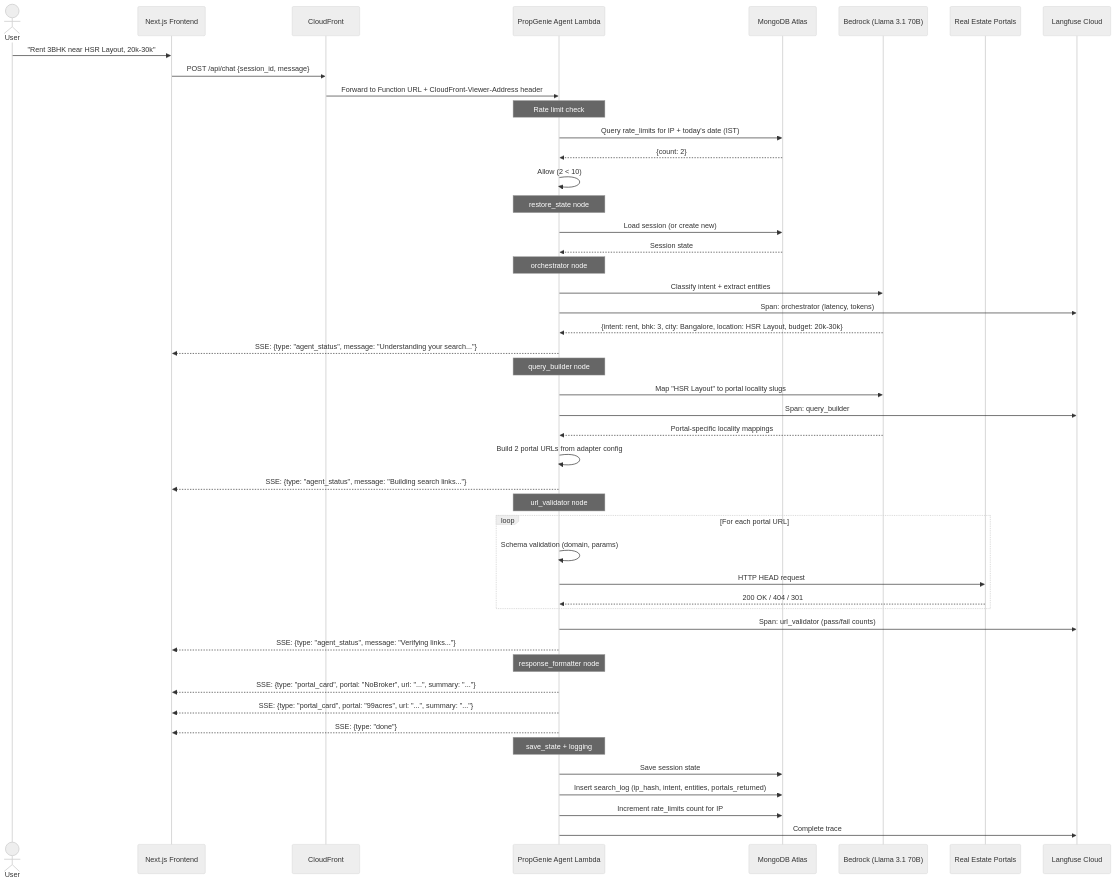
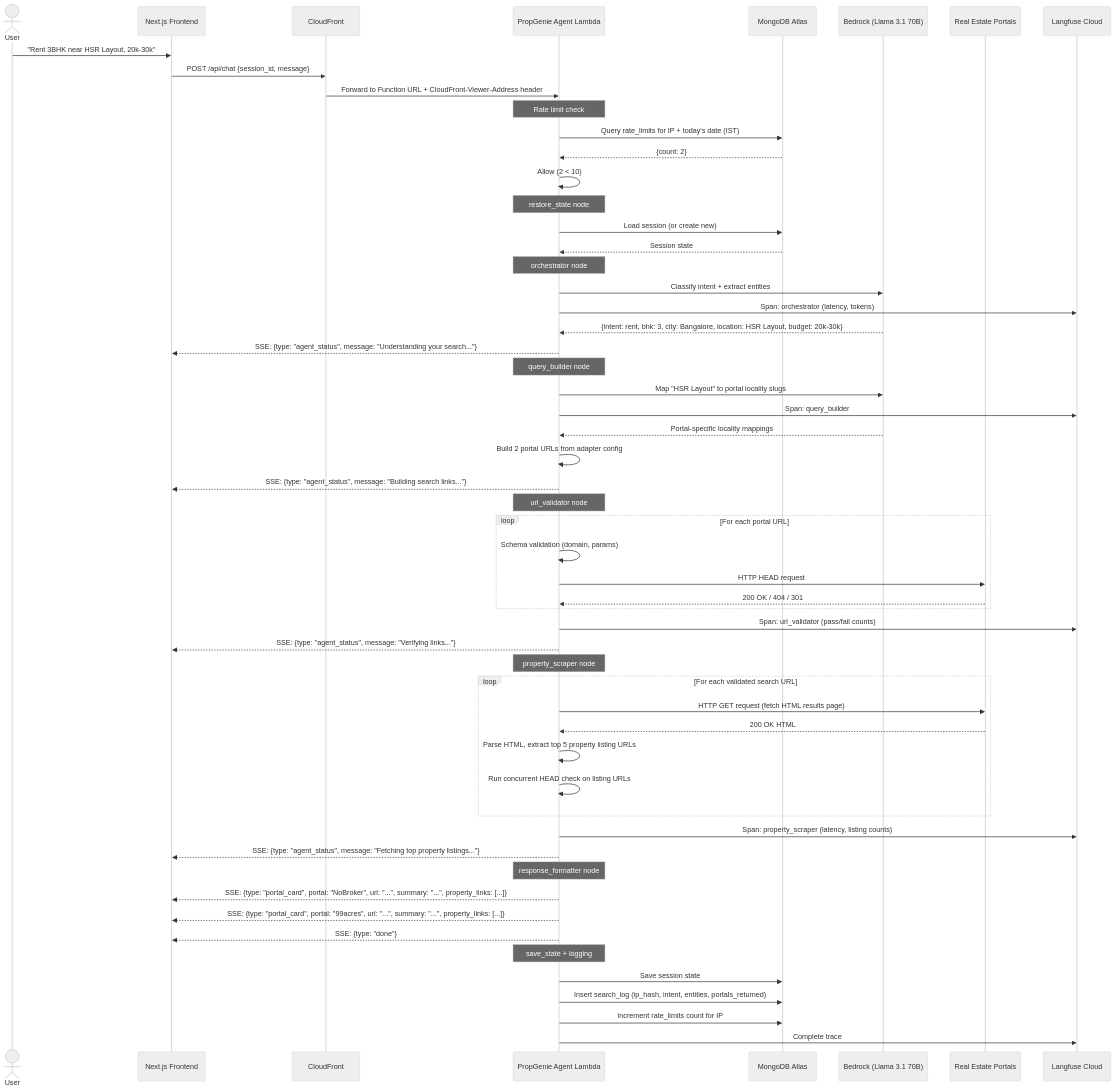
One commit to SandeepPamujula/PropGenie changed the first of 4 diagrams in docs/hld/03-sequence-diagrams.md. Above: the diagram before and after it, drawn with Mermaid (neutral theme). The commit also changed 18 other files, not shown here.

Commit message:
feat: work flow graph

````diff
--- a/docs/hld/03-sequence-diagrams.md
+++ b/docs/hld/03-sequence-diagrams.md
@@ -5,57 +5,67 @@
 ```mermaid
 sequenceDiagram
     actor User
     participant FE as Next.js Frontend
     participant CF as CloudFront
     participant Agent as PropGenie Agent Lambda
     participant DB as MongoDB Atlas
     participant LLM as Bedrock (Llama 3.1 70B)
     participant Portals as Real Estate Portals
     participant LF as Langfuse Cloud
 
     User->>FE: "Rent 3BHK near HSR Layout, 20k-30k"
     FE->>CF: POST /api/chat {session_id, message}
     CF->>Agent: Forward to Function URL + CloudFront-Viewer-Address header
 
     Note over Agent: Rate limit check
     Agent->>DB: Query rate_limits for IP + today's date (IST)
     DB-->>Agent: {count: 2}
     Agent->>Agent: Allow (2 < 10)
 
     Note over Agent: restore_state node
     Agent->>DB: Load session (or create new)
     DB-->>Agent: Session state
 
     Note over Agent: orchestrator node
     Agent->>LLM: Classify intent + extract entities
     Agent->>LF: Span: orchestrator (latency, tokens)
     LLM-->>Agent: {intent: rent, bhk: 3, city: Bangalore, location: HSR Layout, budget: 20k-30k}
     Agent-->>FE: SSE: {type: "agent_status", message: "Understanding your search..."}
 
     Note over Agent: query_builder node
     Agent->>LLM: Map "HSR Layout" to portal locality slugs
     Agent->>LF: Span: query_builder
     LLM-->>Agent: Portal-specific locality mappings
     Agent->>Agent: Build 2 portal URLs from adapter config
     Agent-->>FE: SSE: {type: "agent_status", message: "Building search links..."}
 
     Note over Agent: url_validator node
     loop For each portal URL
         Agent->>Agent: Schema validation (domain, params)
         Agent->>Portals: HTTP HEAD request
         Portals-->>Agent: 200 OK / 404 / 301
     end
     Agent->>LF: Span: url_validator (pass/fail counts)
     Agent-->>FE: SSE: {type: "agent_status", message: "Verifying links..."}
 
+    Note over Agent: property_scraper node
+    loop For each validated search URL
+        Agent->>Portals: HTTP GET request (fetch HTML results page)
+        Portals-->>Agent: 200 OK HTML
+        Agent->>Agent: Parse HTML, extract top 5 property listing URLs
+        Agent->>Agent: Run concurrent HEAD check on listing URLs
+    end
+    Agent->>LF: Span: property_scraper (latency, listing counts)
+    Agent-->>FE: SSE: {type: "agent_status", message: "Fetching top property listings..."}
+
     Note over Agent: response_formatter node
-    Agent-->>FE: SSE: {type: "portal_card", portal: "NoBroker", url: "...", summary: "..."}
-    Agent-->>FE: SSE: {type: "portal_card", portal: "99acres", url: "...", summary: "..."}
+    Agent-->>FE: SSE: {type: "portal_card", portal: "NoBroker", url: "...", summary: "...", property_links: [...]}
+    Agent-->>FE: SSE: {type: "portal_card", portal: "99acres", url: "...", summary: "...", property_links: [...]}
     Agent-->>FE: SSE: {type: "done"}
 
     Note over Agent: save_state + logging
     Agent->>DB: Save session state
     Agent->>DB: Insert search_log (ip_hash, intent, entities, portals_returned)
     Agent->>DB: Increment rate_limits count for IP
     Agent->>LF: Complete trace
 ```
````
